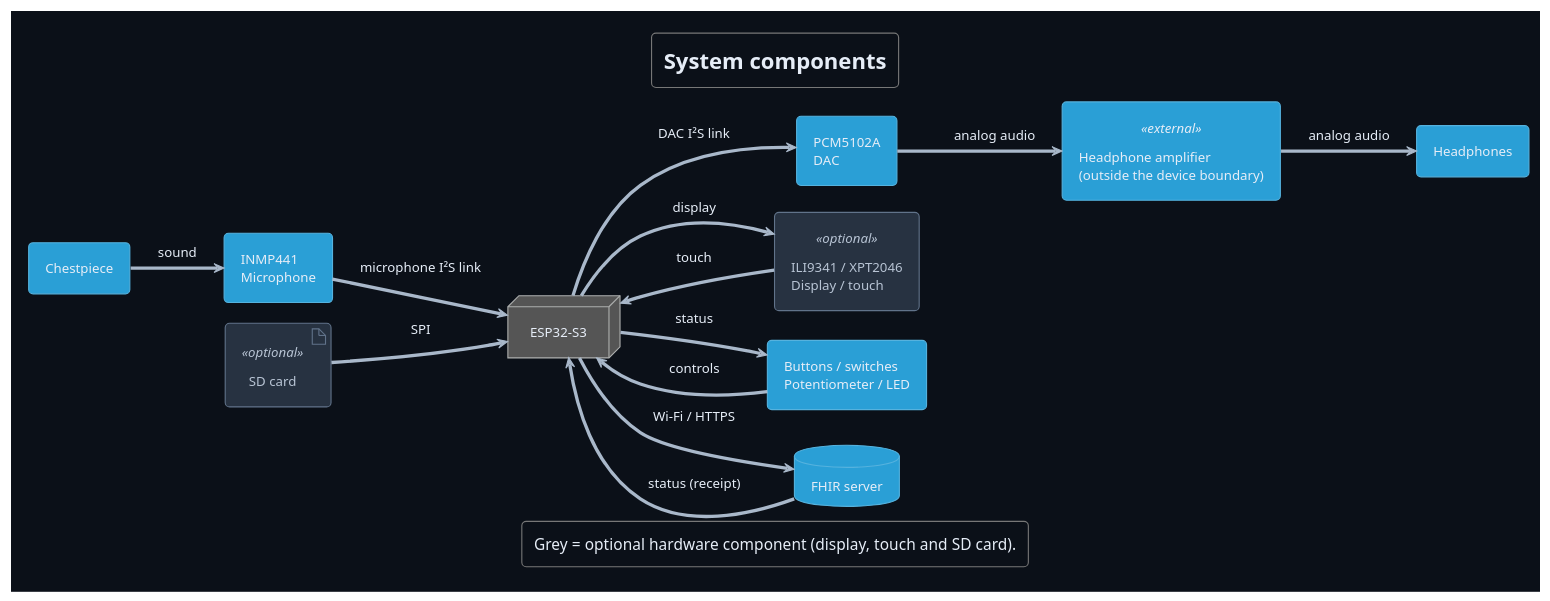
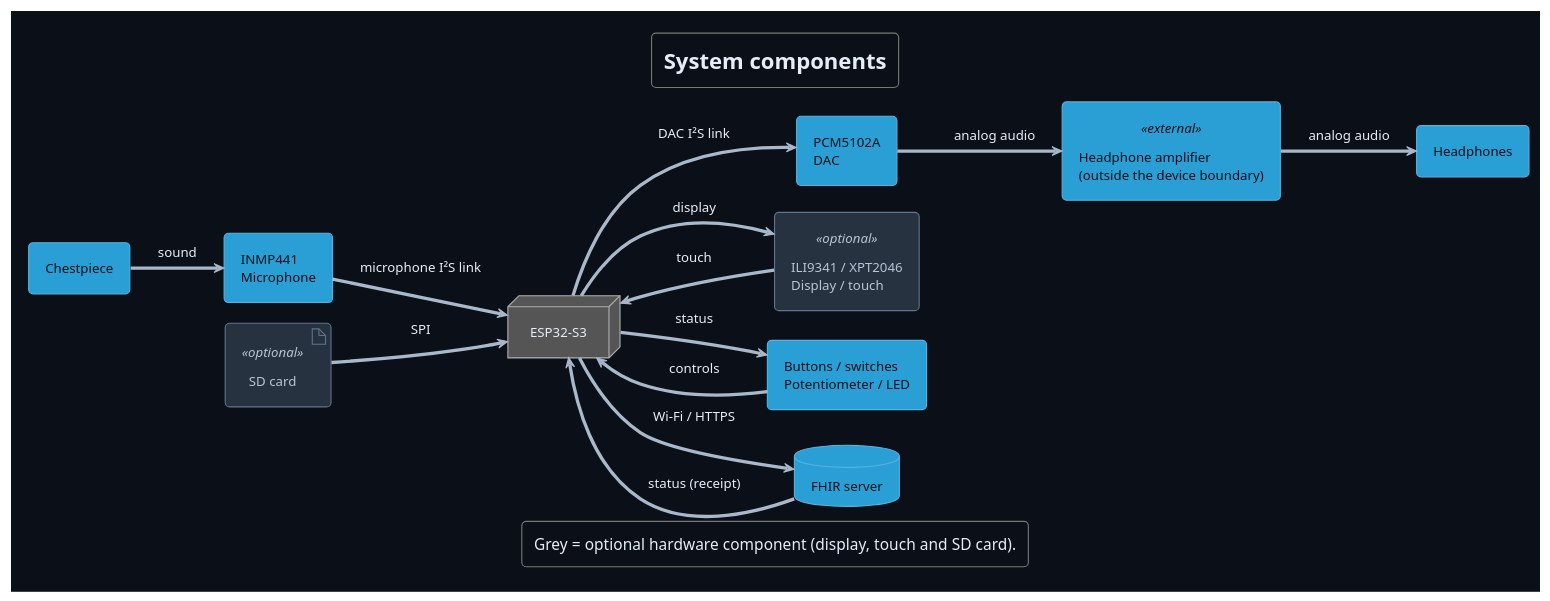
One commit to DemonicPsychoII/DigitalStethoscope changed the diagram in Development/system/architecture/system/puml/system-components.puml. Above: the diagram before and after it, drawn with PlantUML. The commit also changed 107 other files, not shown here.

```diff
--- a/Development/system/architecture/system/puml/system-components.puml
+++ b/Development/system/architecture/system/puml/system-components.puml
@@ -1,47 +1,51 @@
 @startuml system_components
 !theme cyborg
 !pragma layout smetana
 skinparam shadowing false
 skinparam backgroundColor #0b1018
 skinparam defaultFontColor #e6edf7
 skinparam ArrowColor #a9b8ca
+skinparam database {
+ FontColor #0b1018
+}
 skinparam component {
+ FontColor #0b1018
  BackgroundColor<<optional>> #273241
  BorderColor<<optional>> #61738a
  FontColor<<optional>> #b8c4d4
 }
 skinparam artifact {
  BackgroundColor<<optional>> #273241
  BorderColor<<optional>> #61738a
  FontColor<<optional>> #b8c4d4
 }
 skinparam componentStyle rectangle
 skinparam defaultFontName SansSerif
 title System components
 left to right direction
 component "Chestpiece" as chest
 component "INMP441\nMicrophone" as mic
 node "ESP32-S3" as cpu
 component "PCM5102A\nDAC" as dac
 component "Headphone amplifier\n(outside the device boundary)" as amp <<external>>
 component "Headphones" as hp
 component "ILI9341 / XPT2046\nDisplay / touch" as ui <<optional>>
 component "Buttons / switches\nPotentiometer / LED" as controls
 artifact "SD card" as sd <<optional>>
 database "FHIR server" as server
 chest --> mic : sound
 mic --> cpu : microphone I²S link
 cpu --> dac : DAC I²S link
 dac --> amp : analog audio
 amp --> hp : analog audio
 controls --> cpu : controls
 cpu --> controls : status
 ui --> cpu : touch
 cpu --> ui : display
 sd --> cpu : SPI
 cpu --> server : Wi-Fi / HTTPS
 server --> cpu : status (receipt)
 legend bottom
   Grey = optional hardware component (display, touch and SD card).
 endlegend
 @enduml
```
